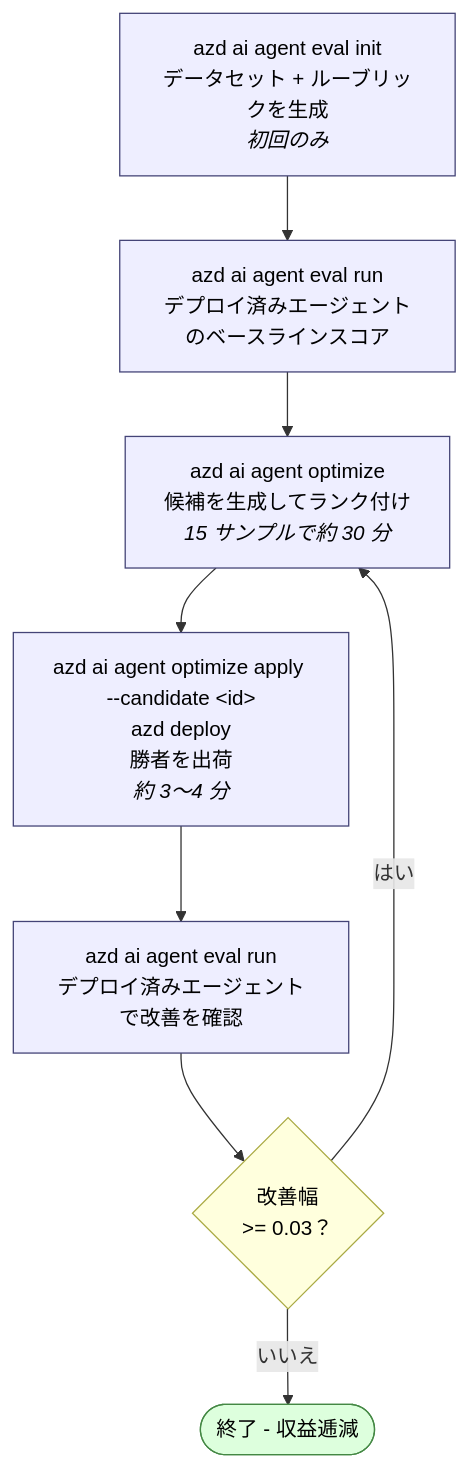
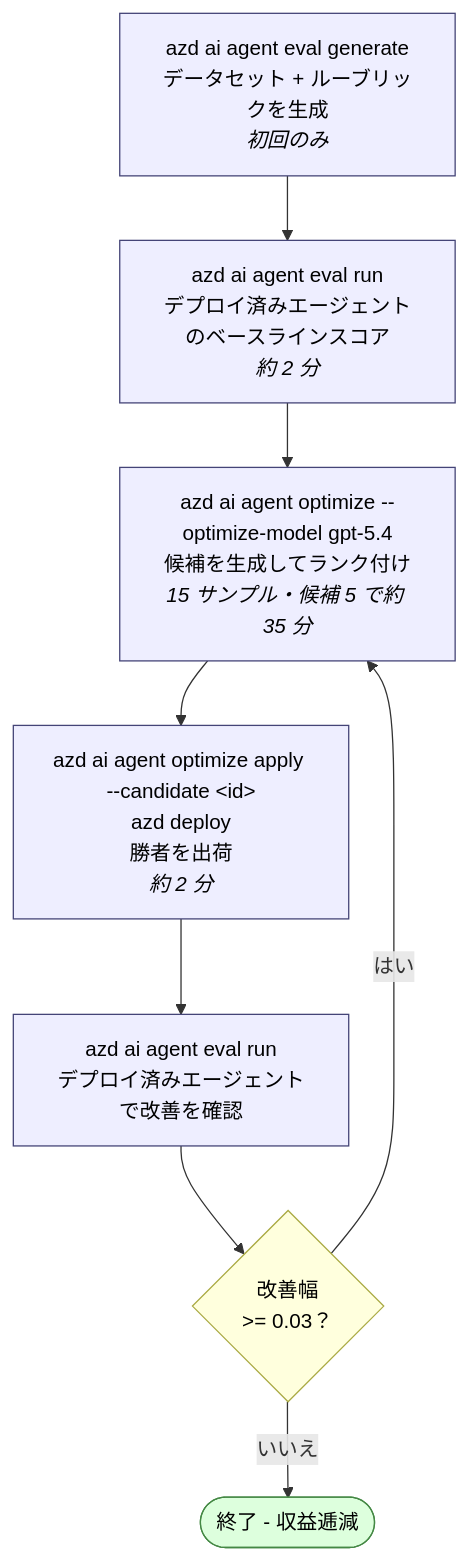
One commit to tniita/optimization-travel-approval-agent changed the diagram in README.md. Above: the diagram before and after it, drawn with Mermaid. The commit also changed other lines of this file and 7 other files, not shown here.

````diff
--- a/README.md
+++ b/README.md
@@ -487,17 +577,17 @@
 ```mermaid
 flowchart TD
-    A["azd ai agent eval init<br/>データセット + ルーブリックを生成<br/><i>初回のみ</i>"] --> B
-    B["azd ai agent eval run<br/>デプロイ済みエージェントのベースラインスコア"] --> C
-    C["azd ai agent optimize<br/>候補を生成してランク付け<br/><i>15 サンプルで約 30 分</i>"] --> D
-    D["azd ai agent optimize apply --candidate &lt;id&gt;<br/>azd deploy<br/>勝者を出荷<br/><i>約 3～4 分</i>"] --> E
+    A["azd ai agent eval generate<br/>データセット + ルーブリックを生成<br/><i>初回のみ</i>"] --> B
+    B["azd ai agent eval run<br/>デプロイ済みエージェントのベースラインスコア<br/><i>約 2 分</i>"] --> C
+    C["azd ai agent optimize --optimize-model gpt-5.4<br/>候補を生成してランク付け<br/><i>15 サンプル・候補 5 で約 35 分</i>"] --> D
+    D["azd ai agent optimize apply --candidate &lt;id&gt;<br/>azd deploy<br/>勝者を出荷<br/><i>約 2 分</i>"] --> E
     E["azd ai agent eval run<br/>デプロイ済みエージェントで改善を確認"] --> F{"改善幅<br/>>= 0.03？"}
     F -- はい --> C
     F -- いいえ --> G(["終了 - 収益逓減"])
 
     classDef cmd fill:#eef,stroke:#447,stroke-width:1px,color:#000;
     classDef decision fill:#ffd,stroke:#aa4,stroke-width:1px,color:#000;
     classDef done fill:#dfd,stroke:#484,stroke-width:1px,color:#000;
     class A,B,C,D,E cmd;
     class F decision;
     class G done;
 ```
````
